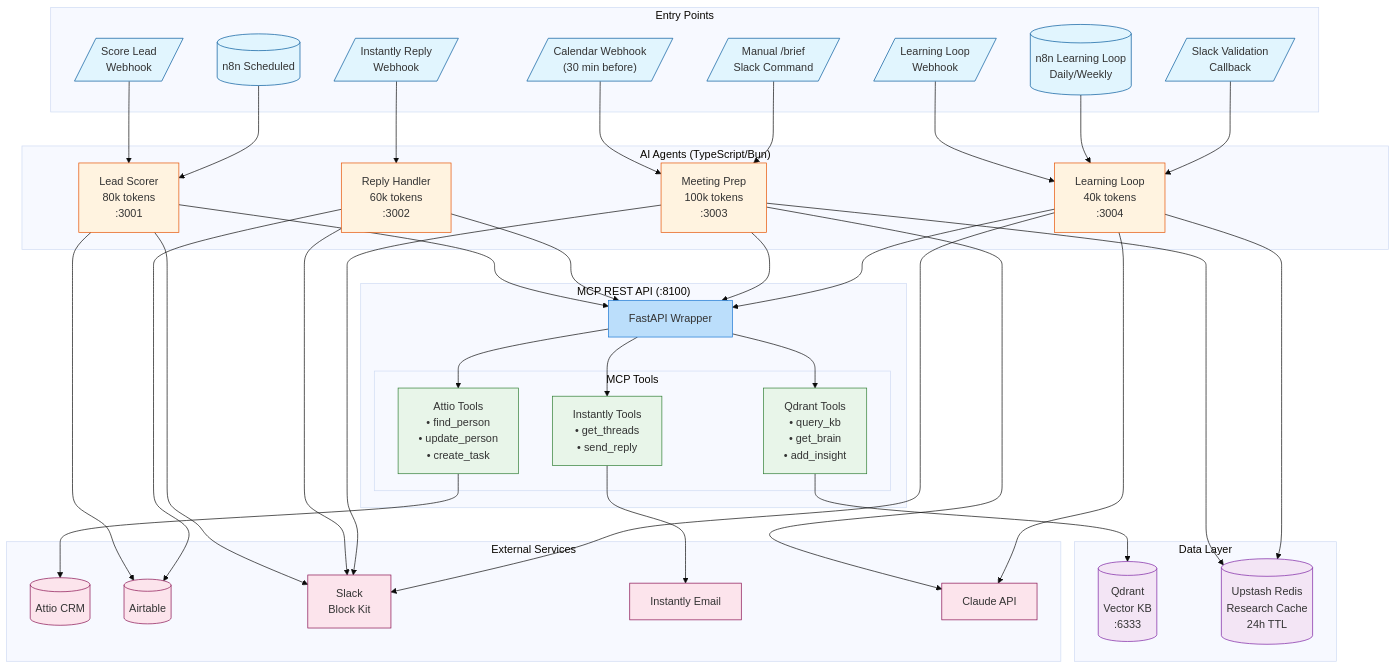
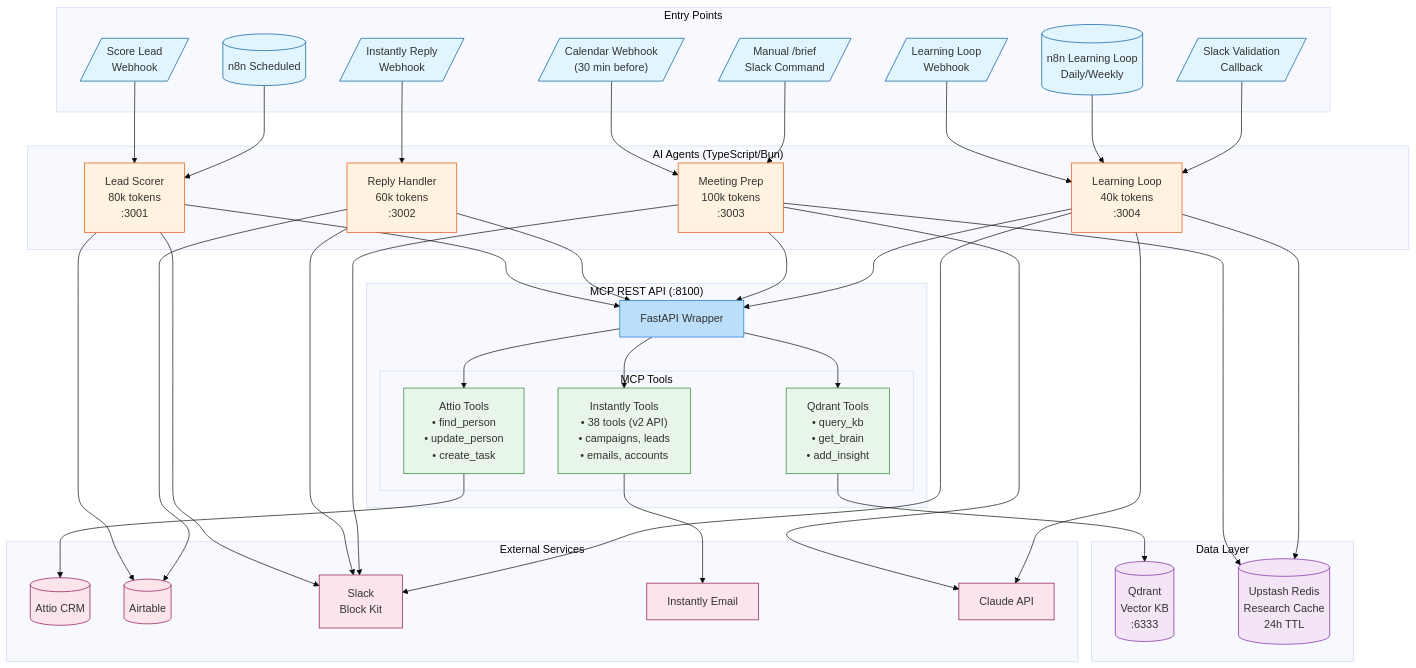
The second of 18 diagrams in docs/architecture/data-flow.md (Fato07/atlas), drawn with Mermaid (base theme) before and after one commit. The commit also changed other lines of this file and 8 other files, not shown here.

First line of the commit message:
feat(instantly): Upgrade MCP server to v2 API with 38 tools

```diff
--- a/docs/architecture/data-flow.md
+++ b/docs/architecture/data-flow.md
@@ -238,7 +238,7 @@
         subgraph Tools["MCP Tools"]
             QDRANT_T["Qdrant Tools<br/>• query_kb<br/>• get_brain<br/>• add_insight"]
             ATTIO_T["Attio Tools<br/>• find_person<br/>• update_person<br/>• create_task"]
-            INST_T["Instantly Tools<br/>• get_threads<br/>• send_reply"]
+            INST_T["Instantly Tools<br/>• 38 tools (v2 API)<br/>• campaigns, leads<br/>• emails, accounts"]
         end
     end
 
```
